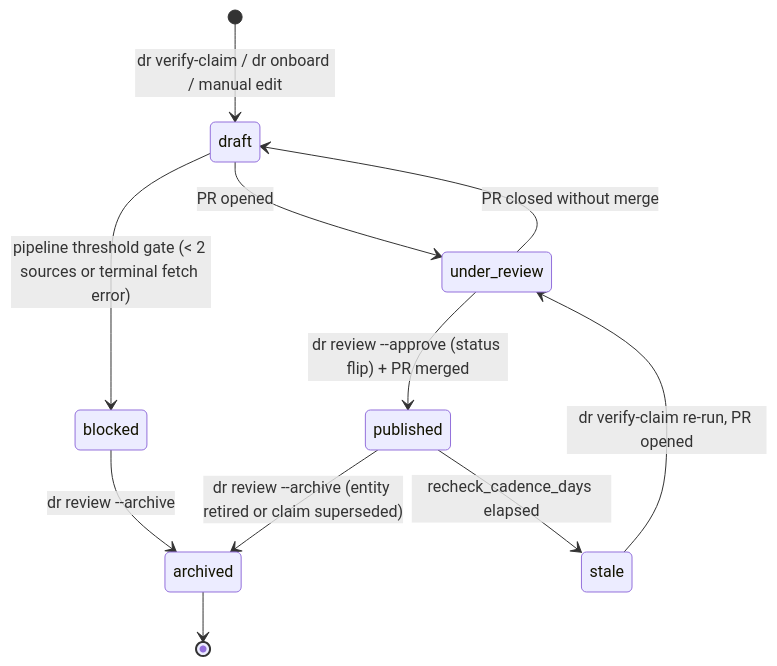
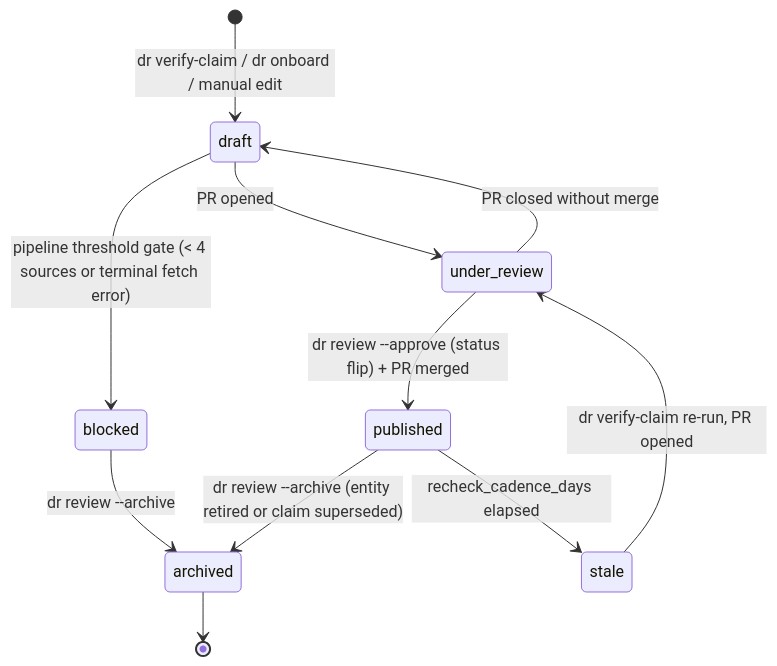
One commit to dangerous-robot/site changed the first of 6 diagrams in docs/architecture/research-flow.md. Above: the diagram before and after it, drawn with Mermaid. The commit also changed other lines of this file and 1 other file, not shown here.

Commit message:
docs(architecture): fix threshold gate drift (< 2 → < 4 sources)
Corrects four stale references to the old 2-source threshold.
Actual value in pipeline.py has been 4 since the claim-lifecycle-states plan.

````diff
--- a/docs/architecture/research-flow.md
+++ b/docs/architecture/research-flow.md
@@ -19,13 +19,13 @@
 ```mermaid
 stateDiagram-v2
     [*] --> draft: dr verify-claim / dr onboard / manual edit
-    draft --> blocked: pipeline threshold gate (< 2 sources or terminal fetch error)
+    draft --> blocked: pipeline threshold gate (< 4 sources or terminal fetch error)
     blocked --> archived: dr review --archive
     draft --> under_review: PR opened
     under_review --> draft: PR closed without merge
     under_review --> published: dr review --approve (status flip) + PR merged
     published --> stale: recheck_cadence_days elapsed
     stale --> under_review: dr verify-claim re-run, PR opened
     published --> archived: dr review --archive (entity retired or claim superseded)
     archived --> [*]
 ```
````
